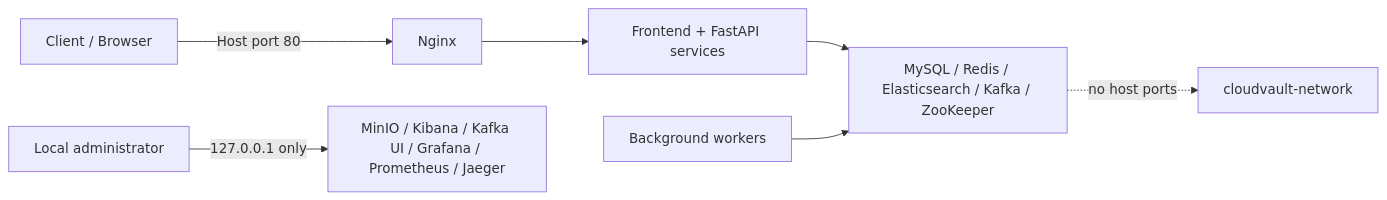
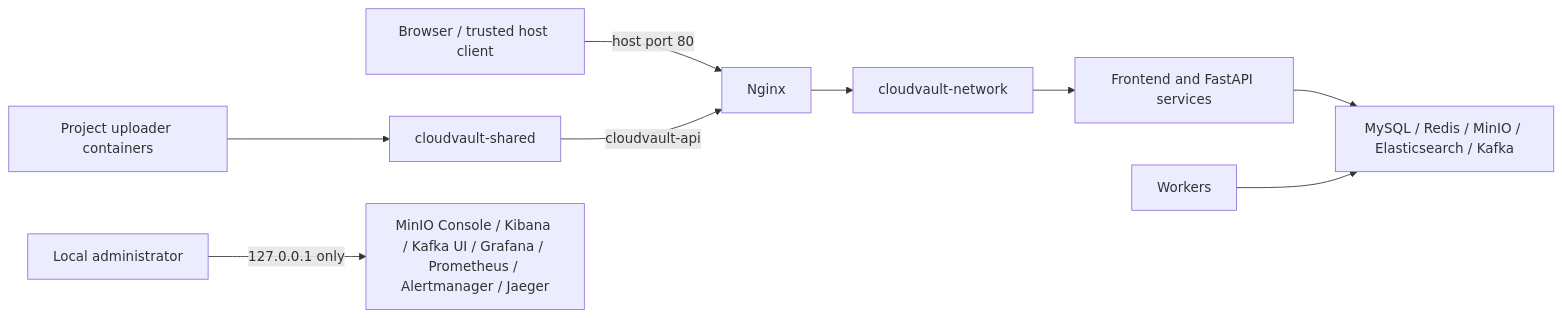
One commit to hquan07/CloudVault changed the fourth of 4 diagrams in ARCHITECTURE.md. Above: the diagram before and after it, drawn with Mermaid. The commit also changed other lines of this file and 1 other file, not shown here.

Commit message:
docs: document project storage runtime architecture

````diff
--- a/ARCHITECTURE.md
+++ b/ARCHITECTURE.md
@@ -151,9 +317,13 @@
 ```mermaid
 flowchart LR
-    Client[Client / Browser] -->|Host port 80| Gateway[Nginx]
-    Admin[Local administrator] -->|127.0.0.1 only| Tools[MinIO / Kibana / Kafka UI / Grafana / Prometheus / Jaeger]
-    Gateway --> App[Frontend + FastAPI services]
-    App --> Private[MySQL / Redis / Elasticsearch / Kafka / ZooKeeper]
-    Workers[Background workers] --> Private
-    Private -. no host ports .-> Network[cloudvault-network]
+    Internet[Browser / trusted host client] -->|host port 80| Gateway[Nginx]
+    Project[Project uploader containers] --> Shared[cloudvault-shared]
+    Shared -->|cloudvault-api| Gateway
+
+    Gateway --> Private[cloudvault-network]
+    Private --> Apps[Frontend and FastAPI services]
+    Apps --> Data[MySQL / Redis / MinIO / Elasticsearch / Kafka]
+    Workers[Workers] --> Data
+
+    Admin[Local administrator] -->|127.0.0.1 only| Tools[MinIO Console / Kibana / Kafka UI / Grafana / Prometheus / Alertmanager / Jaeger]
 ```
````
